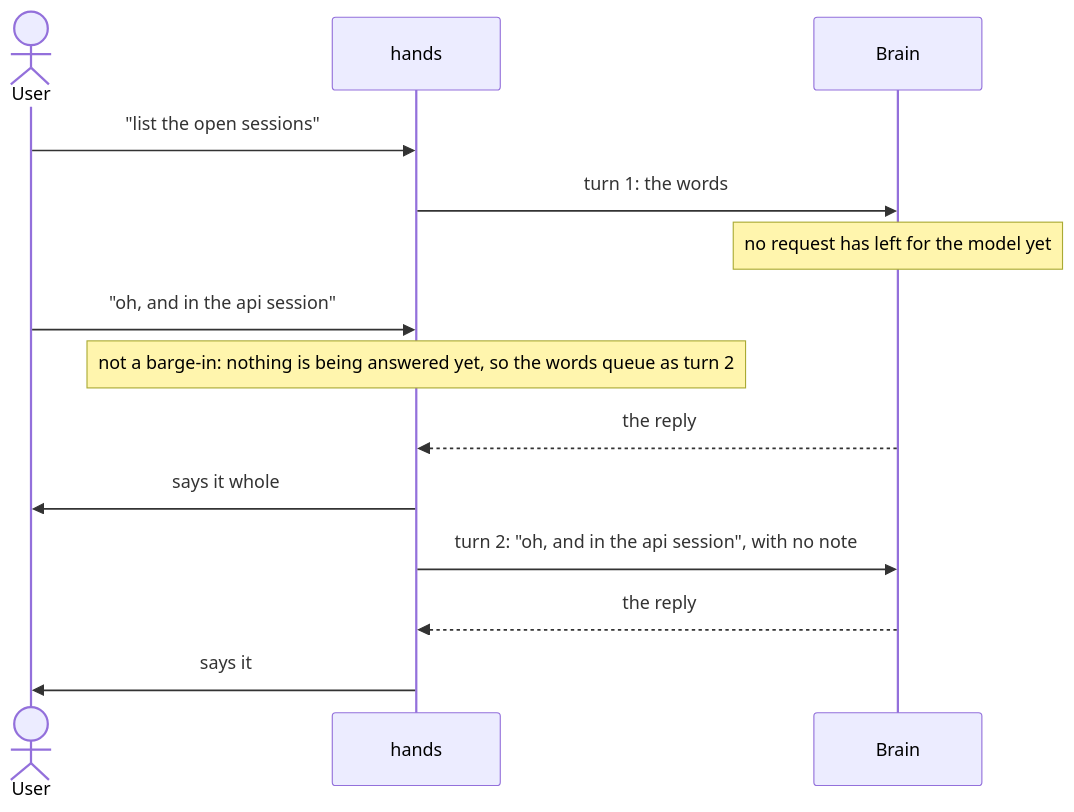
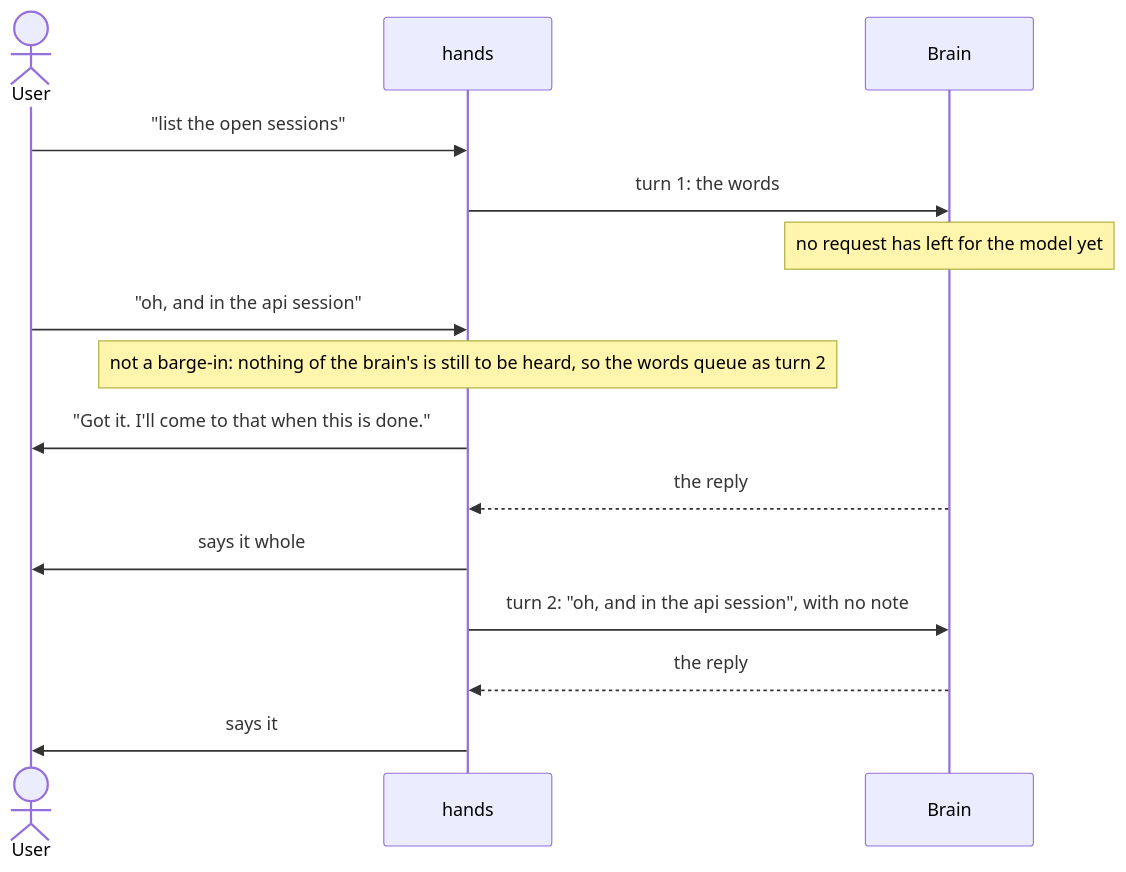
The seventh of 7 diagrams in docs/barge-in.md (promptctl/cc-hands), drawn with Mermaid before and after one commit. The commit also changed other lines of this file and 3 other files, not shown here.

First line of the commit message:
brain: words said while the brain works in silence are not a barge-in, and hands answers them at once (promptctl-barge-in-duao.51y)

````diff
--- a/docs/barge-in.md
+++ b/docs/barge-in.md
@@ -329,16 +344,17 @@
 ```mermaid
 sequenceDiagram
     actor U as User
     participant H as hands
     participant B as Brain
     U->>H: "list the open sessions"
     H->>B: turn 1: the words
     Note over B: no request has left for the model yet
     U->>H: "oh, and in the api session"
-    Note over H: not a barge-in: nothing is being answered yet, so the words queue as turn 2
+    Note over H: not a barge-in: nothing of the brain's is still to be heard, so the words queue as turn 2
+    H->>U: "Got it. I'll come to that when this is done."
     B-->>H: the reply
     H->>U: says it whole
     H->>B: turn 2: "oh, and in the api session", with no note
     B-->>H: the reply
     H->>U: says it
 ```
````
